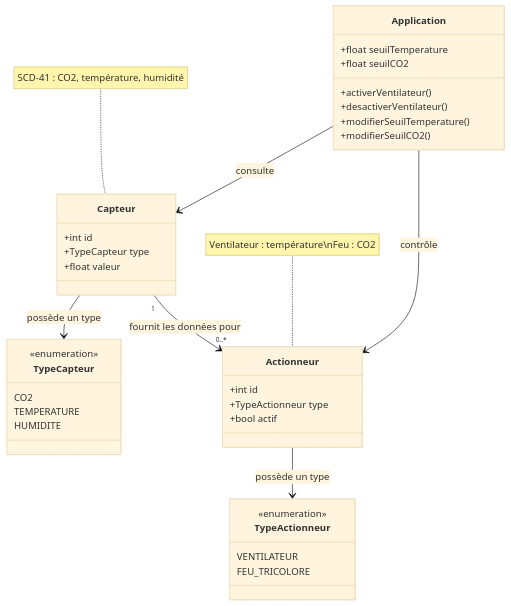
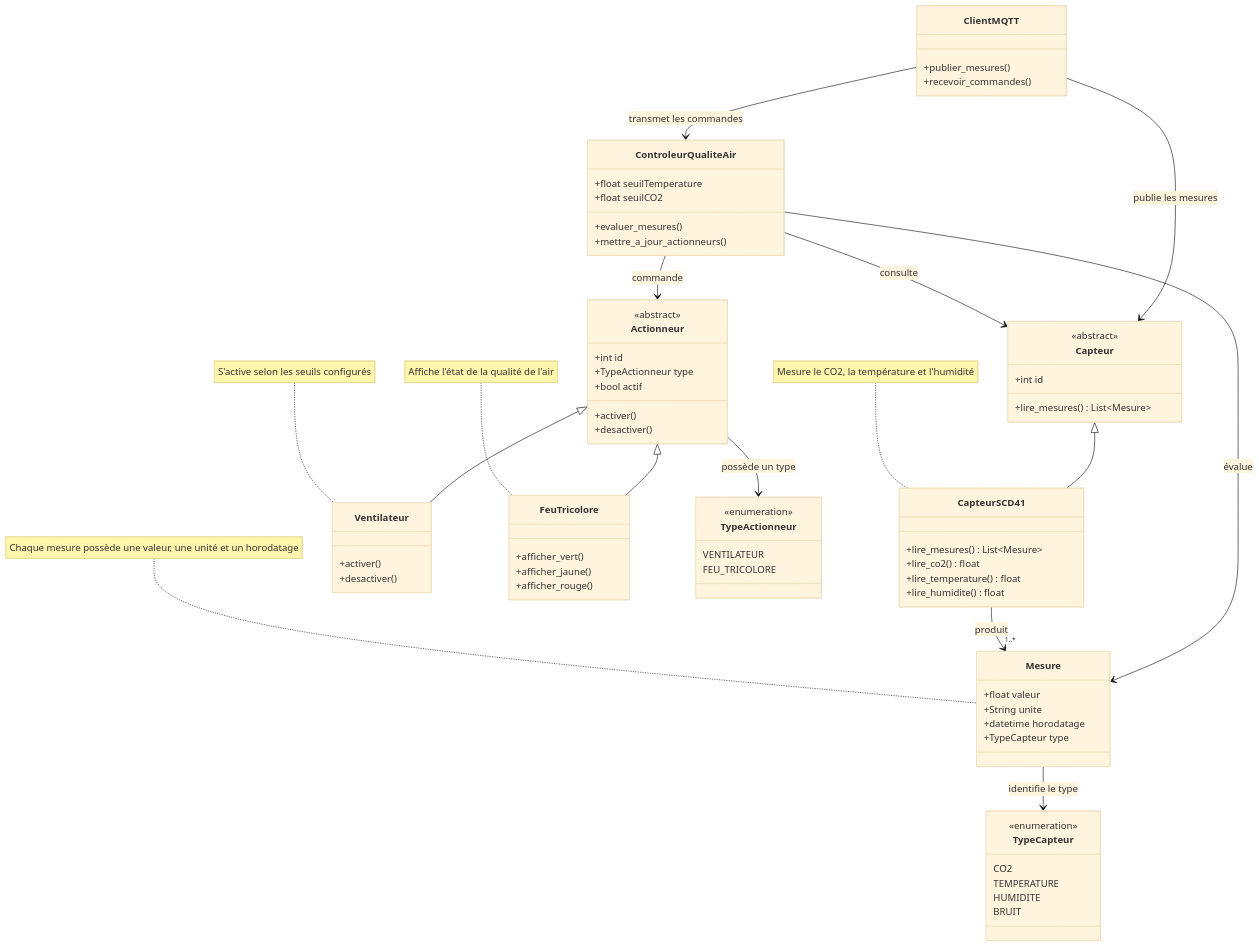
Before and after one commit to larcelboi/ProjetRaspberryPiJoLar: the diagram in README.md, drawn with Mermaid (base theme).

Commit message:
Update README with new class diagram details

````diff
--- a/README.md
+++ b/README.md
@@ -3,24 +3,55 @@
 classDiagram
 
     class Capteur {
+        <<abstract>>
         +int id
+        +lire_mesures() List~Mesure~
+    }
+
+    class CapteurSCD41 {
+        +lire_mesures() List~Mesure~
+        +lire_co2() float
+        +lire_temperature() float
+        +lire_humidite() float
+    }
+
+    class Mesure {
+        +float valeur
+        +String unite
+        +datetime horodatage
         +TypeCapteur type
-        +float valeur
     }
 
     class Actionneur {
+        <<abstract>>
         +int id
         +TypeActionneur type
         +bool actif
+        +activer()
+        +desactiver()
     }
 
-    class Application {
+    class Ventilateur {
+        +activer()
+        +desactiver()
+    }
+
+    class FeuTricolore {
+        +afficher_vert()
+        +afficher_jaune()
+        +afficher_rouge()
+    }
+
+    class ControleurQualiteAir {
         +float seuilTemperature
         +float seuilCO2
-        +activerVentilateur()
-        +desactiverVentilateur()
-        +modifierSeuilTemperature()
-        +modifierSeuilCO2()
+        +evaluer_mesures()
+        +mettre_a_jour_actionneurs()
+    }
+
+    class ClientMQTT {
+        +publier_mesures()
+        +recevoir_commandes()
     }
 
     class TypeCapteur {
@@ -28,6 +59,7 @@
         CO2
         TEMPERATURE
         HUMIDITE
+        BRUIT
     }
 
     class TypeActionneur {
@@ -36,14 +68,23 @@
         FEU_TRICOLORE
     }
 
-    Capteur --> TypeCapteur : possède un type
+    Capteur <|-- CapteurSCD41
+    Actionneur <|-- Ventilateur
+    Actionneur <|-- FeuTricolore
+
+    CapteurSCD41 --> "1..*" Mesure : produit
+    Mesure --> TypeCapteur : identifie le type
     Actionneur --> TypeActionneur : possède un type
 
-    Capteur "1" --> "0..*" Actionneur : fournit les données pour
+    ControleurQualiteAir --> Capteur : consulte
+    ControleurQualiteAir --> Mesure : évalue
+    ControleurQualiteAir --> Actionneur : commande
 
-    Application --> Capteur : consulte
-    Application --> Actionneur : contrôle
+    ClientMQTT --> Capteur : publie les mesures
+    ClientMQTT --> ControleurQualiteAir : transmet les commandes
 
-    note for Capteur "SCD-41 : CO2, température, humidité"
-    note for Actionneur "Ventilateur : température\nFeu : CO2"
+    note for CapteurSCD41 "Mesure le CO2, la température et l'humidité"
+    note for Ventilateur "S'active selon les seuils configurés"
+    note for FeuTricolore "Affiche l'état de la qualité de l'air"
+    note for Mesure "Chaque mesure possède une valeur, une unité et un horodatage"
 ```
````
